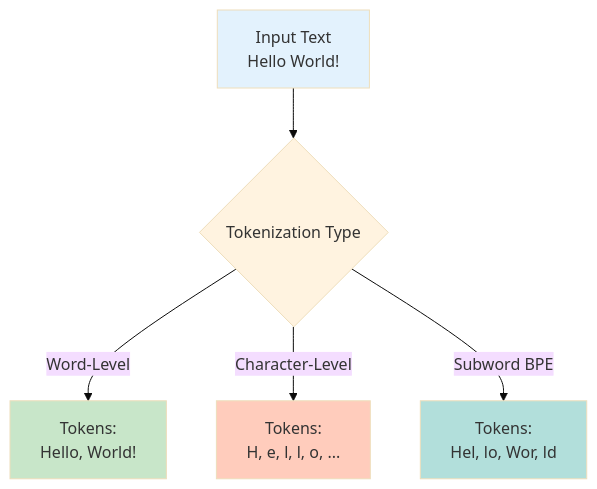
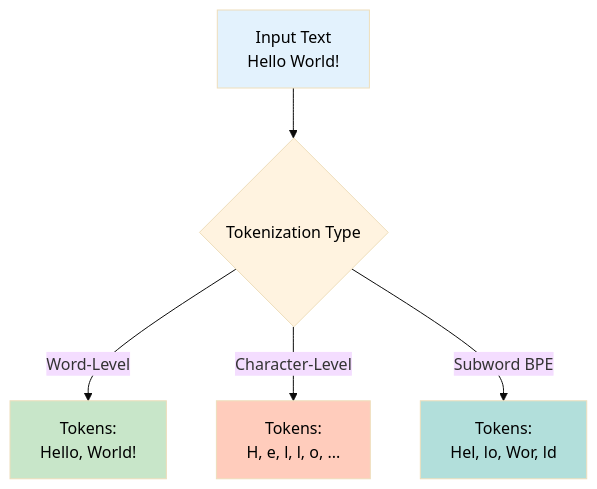
Before and after one commit to iNavLabsResearch/ai_starter: the second of 3 diagrams in docs/session_1/8_math_fundamentals.md, drawn with Mermaid (base theme). The commit also changed other lines of this file and 8 other files, not shown here.

First line of the commit message:
Fix Mermaid diagram text visibility - set all text to black

````diff
--- a/docs/session_1/8_math_fundamentals.md
+++ b/docs/session_1/8_math_fundamentals.md
@@ -156,13 +156,13 @@
 ```mermaid
 graph TD
     A[Input Text<br/>Hello World!] --> B{Tokenization Type}
     B -->|Word-Level| C[Tokens:<br/>Hello, World!]
     B -->|Character-Level| D[Tokens:<br/>H, e, l, l, o, ...]
     B -->|Subword BPE| E[Tokens:<br/>Hel, lo, Wor, ld]
     
-    style A fill:#e3f2fd
-    style B fill:#fff3e0
-    style C fill:#c8e6c9
-    style D fill:#ffccbc
-    style E fill:#b2dfdb
+    style A fill:#e3f2fd,color:#000000
+    style B fill:#fff3e0,color:#000000
+    style C fill:#c8e6c9,color:#000000
+    style D fill:#ffccbc,color:#000000
+    style E fill:#b2dfdb,color:#000000
 ```
````
